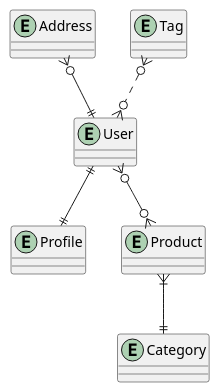
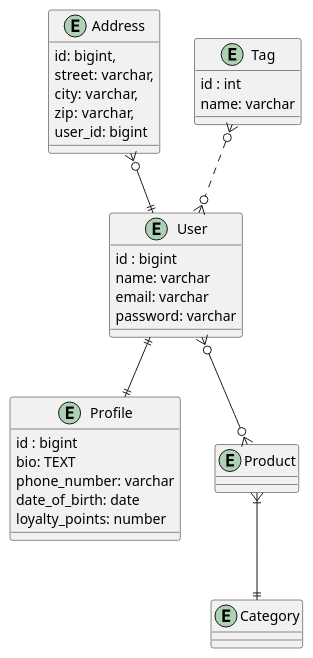
Before and after one commit to alaintxu/cwm-spring-boot-store: the diagram in eer.plantuml, drawn with PlantUML. The commit also changed 2 other files, not shown here.

```diff
--- a/eer.plantuml
+++ b/eer.plantuml
@@ -1,25 +1,45 @@
 @startuml EER
 
-entity "Address"    as address {}
-entity "User"       as user {}
-entity "Profile"    as profile {}
-entity "Tag"        as tag {}
+entity "Address"    as address {
+  id: bigint,
+  street: varchar,
+  city: varchar,
+  zip: varchar,
+  user_id: bigint
+}
+entity "User"       as user {
+    id : bigint
+    name: varchar
+    email: varchar
+    password: varchar
+}
+entity "Profile"    as profile {
+    id : bigint
+    bio: TEXT
+    phone_number: varchar
+    date_of_birth: date
+    loyalty_points: number
+}
+entity "Tag"        as tag {
+    id : int
+    name: varchar
+}
 entity "Product"    as product {}
 entity "Category"   as category {}
 
 ' N..1
 address }o--|| user     
 
 ' N..N
 tag }o..o{ user         
 
 ' 1..1
 user ||--|| profile     
 
 ' N..N
 user }o--o{ product     
 
 ' N..1
 product }|--|| category 
 
 @enduml
```
